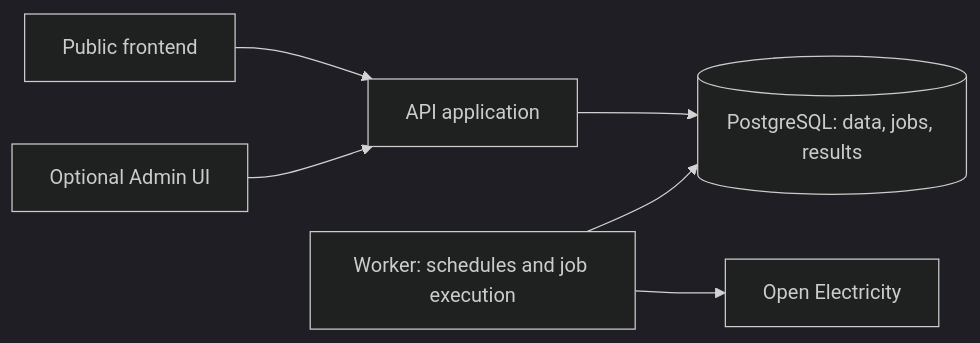
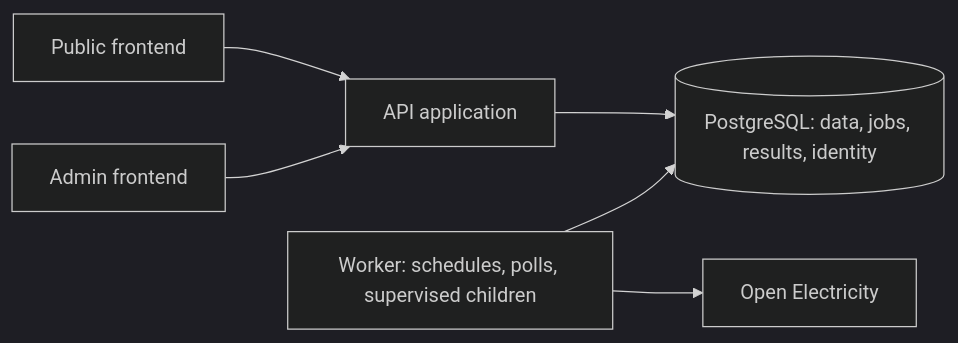
One commit to ryanzzzdev/nemlab changed the diagram in docs/project/architecture.md. Above: the diagram before and after it, drawn with Mermaid (dark theme). The commit also changed other lines of this file, not shown here.

First line of the commit message:
Rewrite architecture for the delivered Python stack

````diff
--- a/docs/project/architecture.md
+++ b/docs/project/architecture.md
@@ -39,8 +41,8 @@
 ```mermaid
 flowchart LR
   Public[Public frontend] --> API[API application]
-  Admin[Optional Admin UI] --> API
-  API --> DB[(PostgreSQL: data, jobs, results)]
-  Worker[Worker: schedules and job execution] --> DB
+  Admin[Admin frontend] --> API
+  API --> DB[(PostgreSQL: data, jobs, results, identity)]
+  Worker[Worker: schedules, polls, supervised children] --> DB
   Worker --> OE[Open Electricity]
 ```
````
